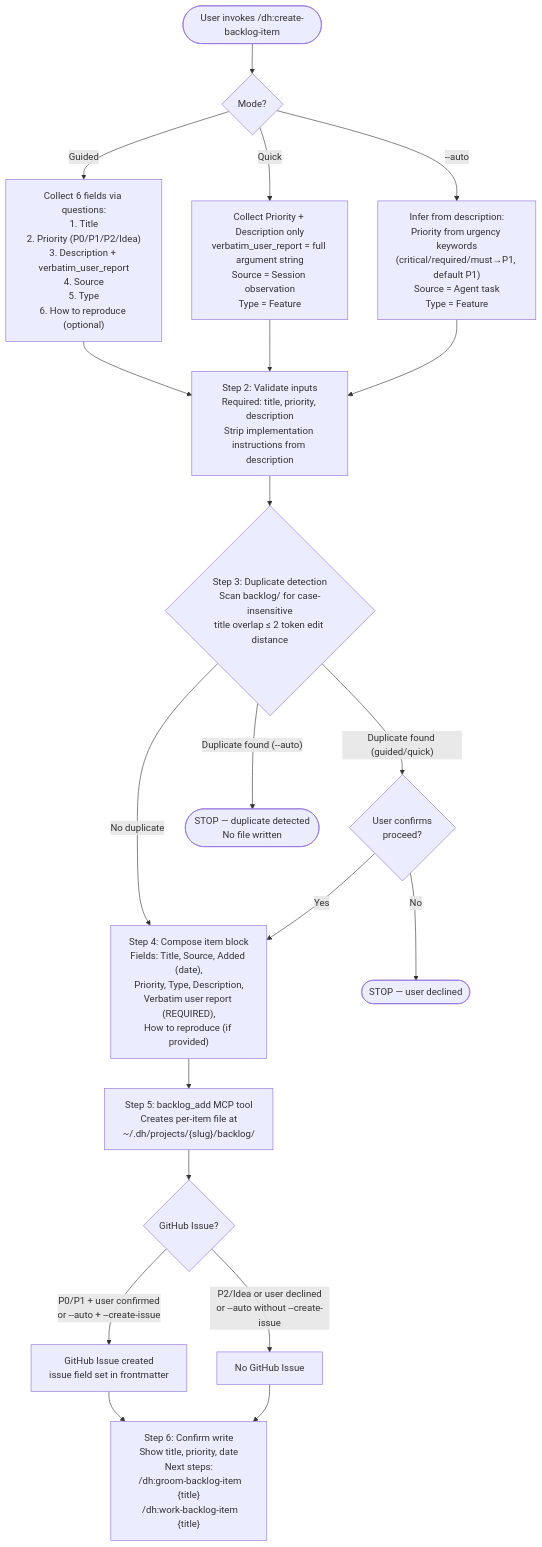
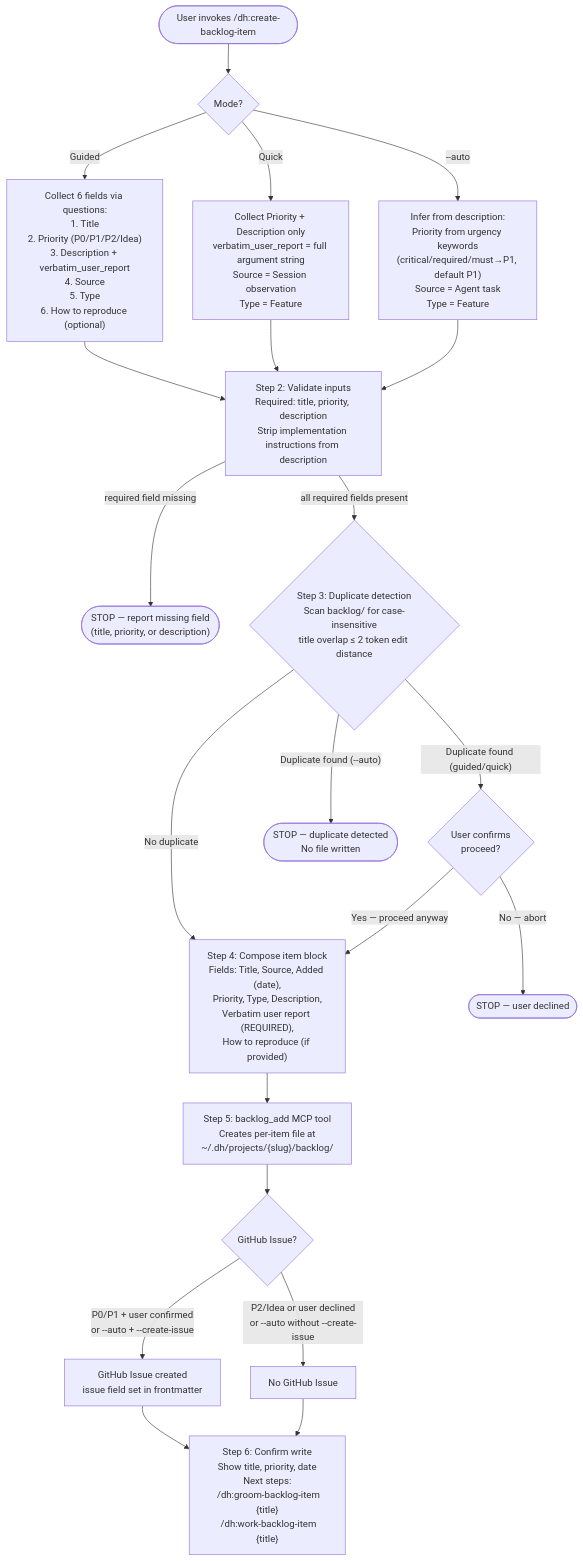
Before and after one commit to chgreer1070/claude_skills: the second of 8 diagrams in plugins/development-harness/docs/backlog-item-lifecycle.md, drawn with Mermaid. The commit also changed other lines of this file and 2 other files, not shown here.

First line of the commit message:
feat(dh): add stable node IDs, contracts, and structural Mermaid fixes to lifecycle doc

````diff
--- a/plugins/development-harness/docs/backlog-item-lifecycle.md
+++ b/plugins/development-harness/docs/backlog-item-lifecycle.md
@@ -52,28 +67,29 @@
 ```mermaid
 flowchart TD
-    Start([User invokes /dh:create-backlog-item]) --> Mode{Mode?}
-    Mode -->|Guided| Q["Collect 6 fields via questions:<br>1. Title<br>2. Priority (P0/P1/P2/Idea)<br>3. Description + verbatim_user_report<br>4. Source<br>5. Type<br>6. How to reproduce (optional)"]
-    Mode -->|Quick| QK["Collect Priority + Description only<br>verbatim_user_report = full argument string<br>Source = Session observation<br>Type = Feature"]
-    Mode -->|--auto| Auto["Infer from description:<br>Priority from urgency keywords<br>(critical/required/must→P1, default P1)<br>Source = Agent task<br>Type = Feature"]
+    P1_START([User invokes /dh:create-backlog-item]) --> P1_MODE{Mode?}
+    P1_MODE -->|Guided| P1_COLLECT_GUIDED["Collect 6 fields via questions:<br>1. Title<br>2. Priority (P0/P1/P2/Idea)<br>3. Description + verbatim_user_report<br>4. Source<br>5. Type<br>6. How to reproduce (optional)"]
+    P1_MODE -->|Quick| P1_COLLECT_QUICK["Collect Priority + Description only<br>verbatim_user_report = full argument string<br>Source = Session observation<br>Type = Feature"]
+    P1_MODE -->|--auto| P1_COLLECT_AUTO["Infer from description:<br>Priority from urgency keywords<br>(critical/required/must→P1, default P1)<br>Source = Agent task<br>Type = Feature"]
 
-    Q --> Validate["Step 2: Validate inputs<br>Required: title, priority, description<br>Strip implementation instructions from description"]
-    QK --> Validate
-    Auto --> Validate
+    P1_COLLECT_GUIDED --> P1_VALIDATE["Step 2: Validate inputs<br>Required: title, priority, description<br>Strip implementation instructions from description"]
+    P1_COLLECT_QUICK --> P1_VALIDATE
+    P1_COLLECT_AUTO --> P1_VALIDATE
 
-    Validate --> Dup{"Step 3: Duplicate detection<br>Scan backlog/ for case-insensitive<br>title overlap ≤ 2 token edit distance"}
-    Dup -->|"Duplicate found (guided/quick)"| Confirm{"User confirms<br>proceed?"}
-    Dup -->|"Duplicate found (--auto)"| Stop1(["STOP — duplicate detected<br>No file written"])
-    Dup -->|No duplicate| Compose
-    Confirm -->|No| Stop2(["STOP — user declined"])
-    Confirm -->|Yes| Compose
+    P1_VALIDATE -->|"required field missing"| P1_STOP_INVALID(["STOP — report missing field<br>(title, priority, or description)"])
+    P1_VALIDATE -->|"all required fields present"| P1_DEDUP{"Step 3: Duplicate detection<br>Scan backlog/ for case-insensitive<br>title overlap ≤ 2 token edit distance"}
+    P1_DEDUP -->|"Duplicate found (guided/quick)"| P1_CONFIRM{"User confirms<br>proceed?"}
+    P1_DEDUP -->|"Duplicate found (--auto)"| P1_STOP_DUP(["STOP — duplicate detected<br>No file written"])
+    P1_DEDUP -->|No duplicate| P1_COMPOSE
+    P1_CONFIRM -->|"No — abort"| P1_STOP_DECLINE(["STOP — user declined"])
+    P1_CONFIRM -->|"Yes — proceed anyway"| P1_COMPOSE
 
-    Compose["Step 4: Compose item block<br>Fields: Title, Source, Added (date),<br>Priority, Type, Description,<br>Verbatim user report (REQUIRED),<br>How to reproduce (if provided)"]
-    Compose --> Create["Step 5: backlog_add MCP tool<br>Creates per-item file at<br>~/.dh/projects/{slug}/backlog/"]
+    P1_COMPOSE["Step 4: Compose item block<br>Fields: Title, Source, Added (date),<br>Priority, Type, Description,<br>Verbatim user report (REQUIRED),<br>How to reproduce (if provided)"]
+    P1_COMPOSE --> P1_ADD["Step 5: backlog_add MCP tool<br>Creates per-item file at<br>~/.dh/projects/{slug}/backlog/"]
 
-    Create --> Issue{"GitHub Issue?"}
-    Issue -->|"P0/P1 + user confirmed<br>or --auto + --create-issue"| GH["GitHub Issue created<br>issue field set in frontmatter"]
-    Issue -->|"P2/Idea or user declined<br>or --auto without --create-issue"| NoGH["No GitHub Issue"]
+    P1_ADD --> P1_ISSUE{"GitHub Issue?"}
+    P1_ISSUE -->|"P0/P1 + user confirmed<br>or --auto + --create-issue"| P1_GH_CREATE["GitHub Issue created<br>issue field set in frontmatter"]
+    P1_ISSUE -->|"P2/Idea or user declined<br>or --auto without --create-issue"| P1_NO_GH["No GitHub Issue"]
 
-    GH --> Done["Step 6: Confirm write<br>Show title, priority, date<br>Next steps:<br>  /dh:groom-backlog-item {title}<br>  /dh:work-backlog-item {title}"]
-    NoGH --> Done
+    P1_GH_CREATE --> P1_DONE["Step 6: Confirm write<br>Show title, priority, date<br>Next steps:<br>  /dh:groom-backlog-item {title}<br>  /dh:work-backlog-item {title}"]
+    P1_NO_GH --> P1_DONE
 ```
````
